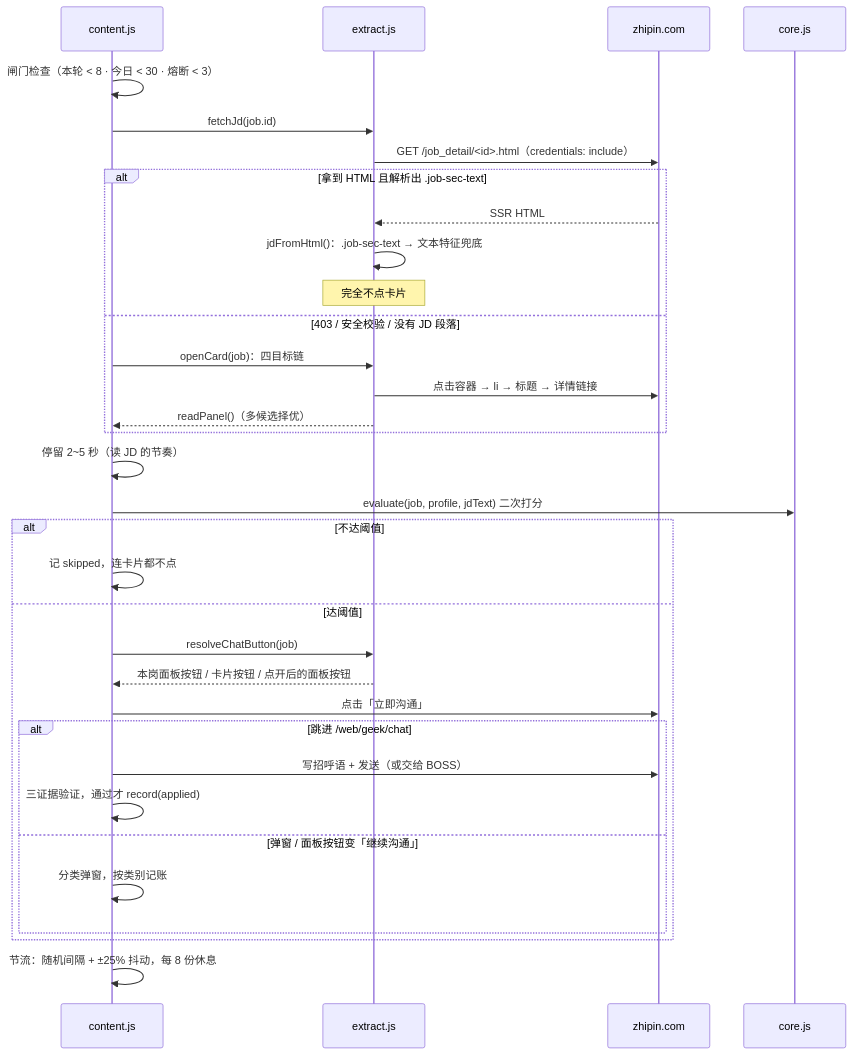
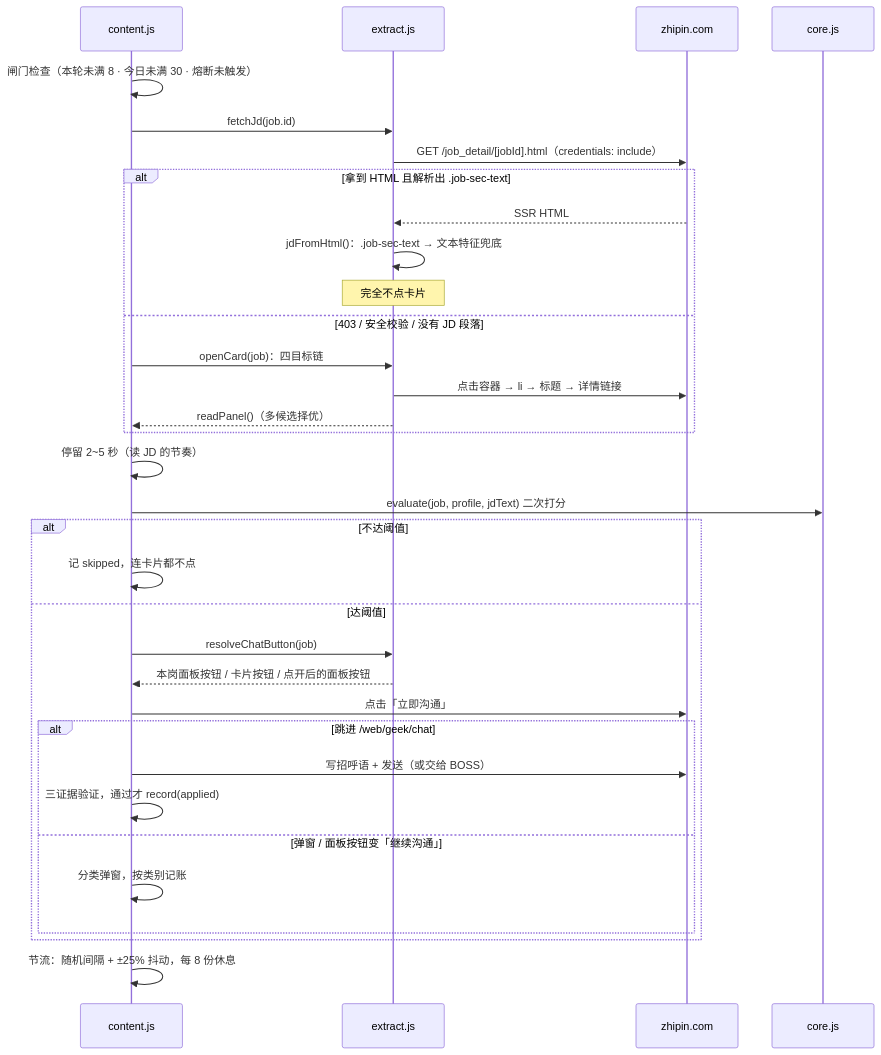
One commit to yunchuanli003/joblens changed the third of 3 diagrams in docs/ARCHITECTURE.md. Above: the diagram before and after it, drawn with Mermaid.

Commit message:
docs: 修掉 mermaid 里会被当成 HTML 标签的尖括号

````diff
--- a/docs/ARCHITECTURE.md
+++ b/docs/ARCHITECTURE.md
@@ -76,36 +76,36 @@
 ```mermaid
 sequenceDiagram
   participant CT as content.js
   participant EX as extract.js
   participant SITE as zhipin.com
   participant CO as core.js
 
-  CT->>CT: 闸门检查（本轮 < 8 · 今日 < 30 · 熔断 < 3）
+  CT->>CT: 闸门检查（本轮未满 8 · 今日未满 30 · 熔断未触发）
   CT->>EX: fetchJd(job.id)
-  EX->>SITE: GET /job_detail/<id>.html（credentials: include）
+  EX->>SITE: GET /job_detail/[jobId].html（credentials: include）
   alt 拿到 HTML 且解析出 .job-sec-text
     SITE-->>EX: SSR HTML
     EX->>EX: jdFromHtml()：.job-sec-text → 文本特征兜底
     Note over EX: 完全不点卡片
   else 403 / 安全校验 / 没有 JD 段落
     CT->>EX: openCard(job)：四目标链
     EX->>SITE: 点击容器 → li → 标题 → 详情链接
     EX-->>CT: readPanel()（多候选择优）
   end
   CT->>CT: 停留 2~5 秒（读 JD 的节奏）
   CT->>CO: evaluate(job, profile, jdText) 二次打分
   alt 不达阈值
     CT->>CT: 记 skipped，连卡片都不点
   else 达阈值
     CT->>EX: resolveChatButton(job)
     EX-->>CT: 本岗面板按钮 / 卡片按钮 / 点开后的面板按钮
     CT->>SITE: 点击「立即沟通」
     alt 跳进 /web/geek/chat
       CT->>SITE: 写招呼语 + 发送（或交给 BOSS）
       CT->>CT: 三证据验证，通过才 record(applied)
     else 弹窗 / 面板按钮变「继续沟通」
       CT->>CT: 分类弹窗，按类别记账
     end
   end
   CT->>CT: 节流：随机间隔 + ±25% 抖动，每 8 份休息
 ```
````
